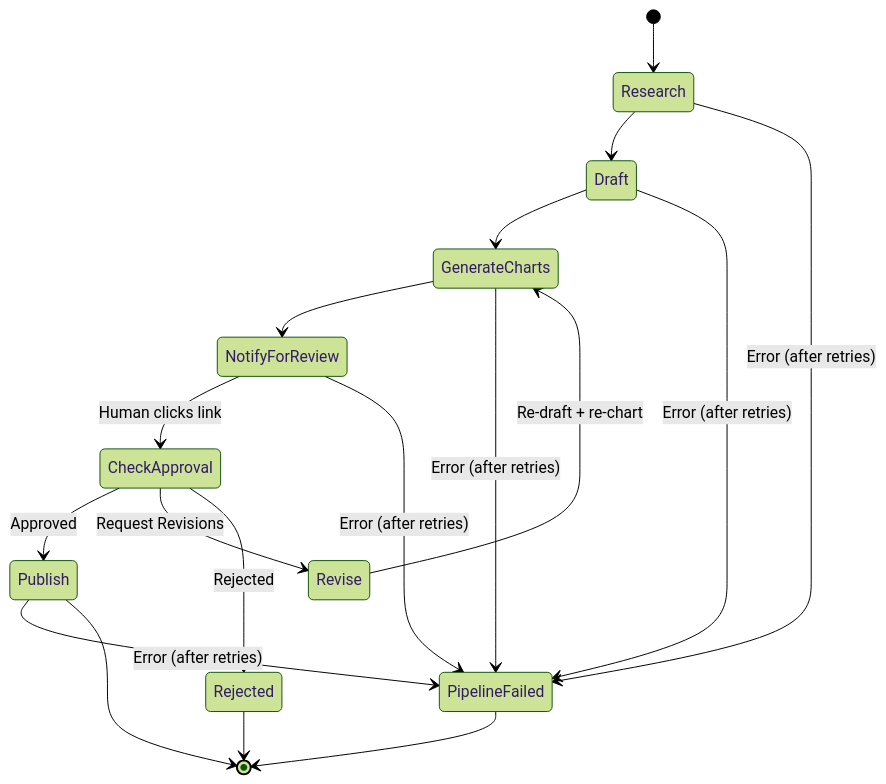
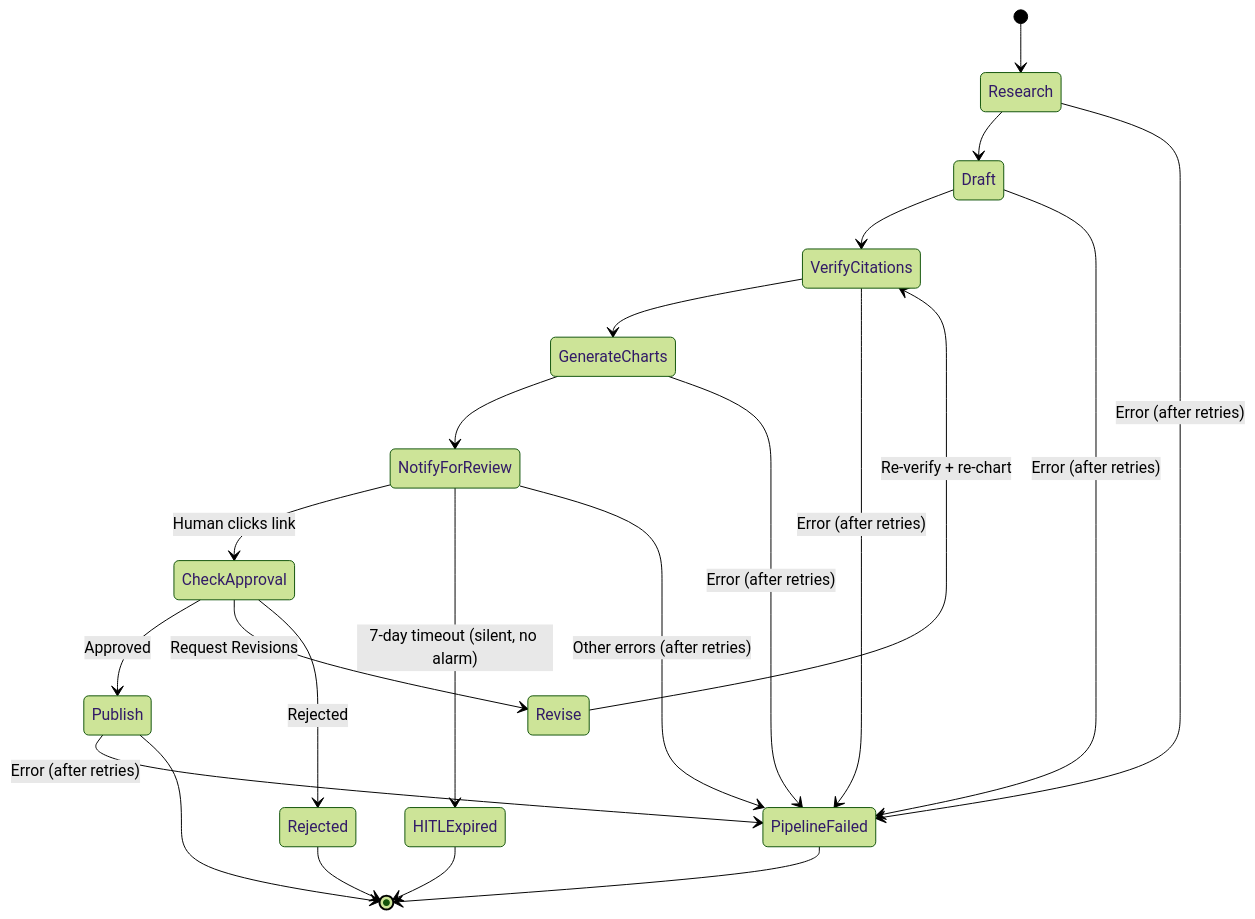
One commit to kzaky/khaledzaky.com changed the fourth of 4 diagrams in README.md. Above: the diagram before and after it, drawn with Mermaid (forest theme). The commit also changed other lines of this file and 2 other files, not shown here.

Commit message:
docs: update README + module docstring for dual search (Tavily+Perplexity) and alarm improvements (HITLExpired, ErrorPath, scoped alarm, 10 Lambdas)

````diff
--- a/README.md
+++ b/README.md
@@ -235,20 +235,24 @@
 ```mermaid
 stateDiagram-v2
     [*] --> Research
     Research --> Draft
-    Draft --> GenerateCharts
+    Draft --> VerifyCitations
+    VerifyCitations --> GenerateCharts
     GenerateCharts --> NotifyForReview
     NotifyForReview --> CheckApproval: Human clicks link
+    NotifyForReview --> HITLExpired: 7-day timeout (silent, no alarm)
     CheckApproval --> Publish: Approved
     CheckApproval --> Revise: Request Revisions
     CheckApproval --> Rejected: Rejected
-    Revise --> GenerateCharts: Re-draft + re-chart
+    Revise --> VerifyCitations: Re-verify + re-chart
     Research --> PipelineFailed: Error (after retries)
     Draft --> PipelineFailed: Error (after retries)
+    VerifyCitations --> PipelineFailed: Error (after retries)
     GenerateCharts --> PipelineFailed: Error (after retries)
-    NotifyForReview --> PipelineFailed: Error (after retries)
+    NotifyForReview --> PipelineFailed: Other errors (after retries)
     Publish --> PipelineFailed: Error (after retries)
     Publish --> [*]
     Rejected --> [*]
+    HITLExpired --> [*]
     PipelineFailed --> [*]
 ```
````
